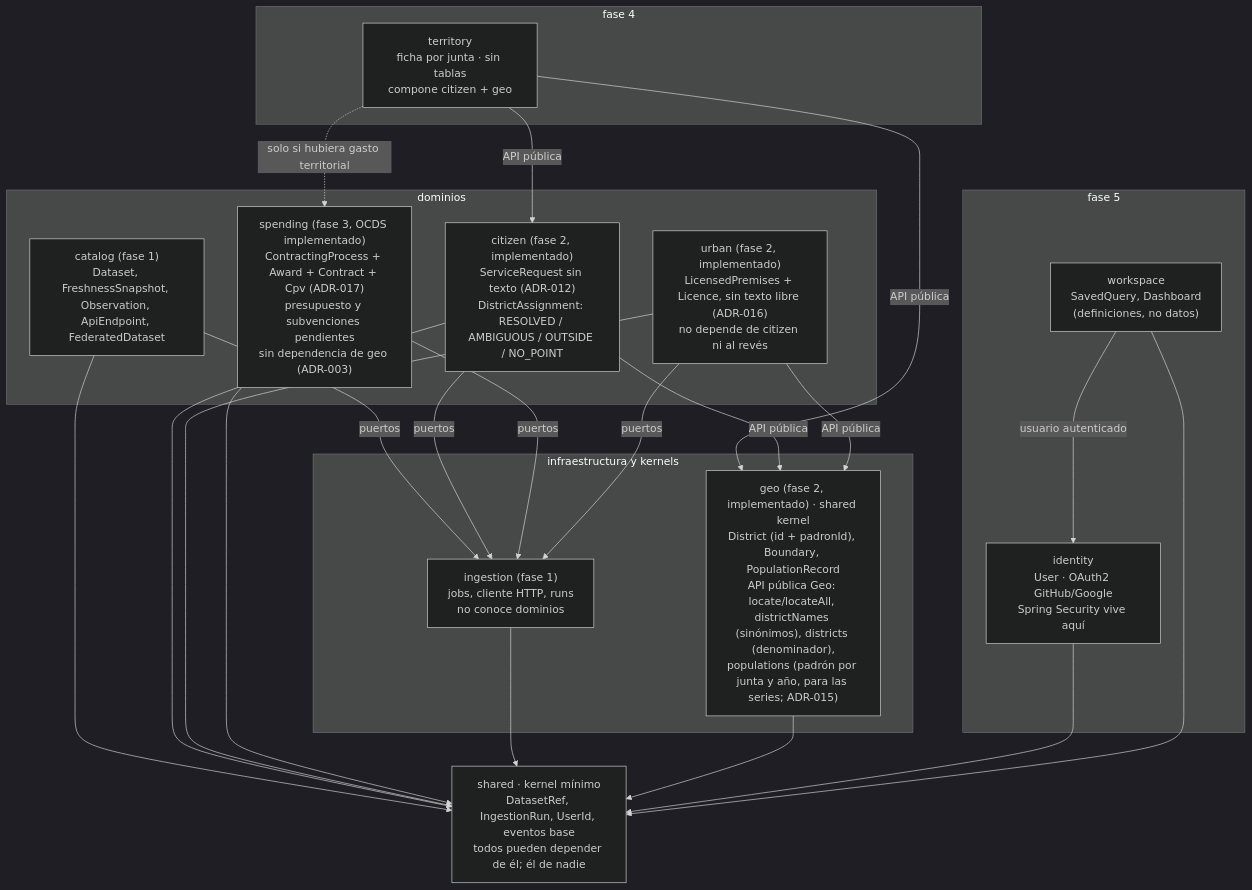
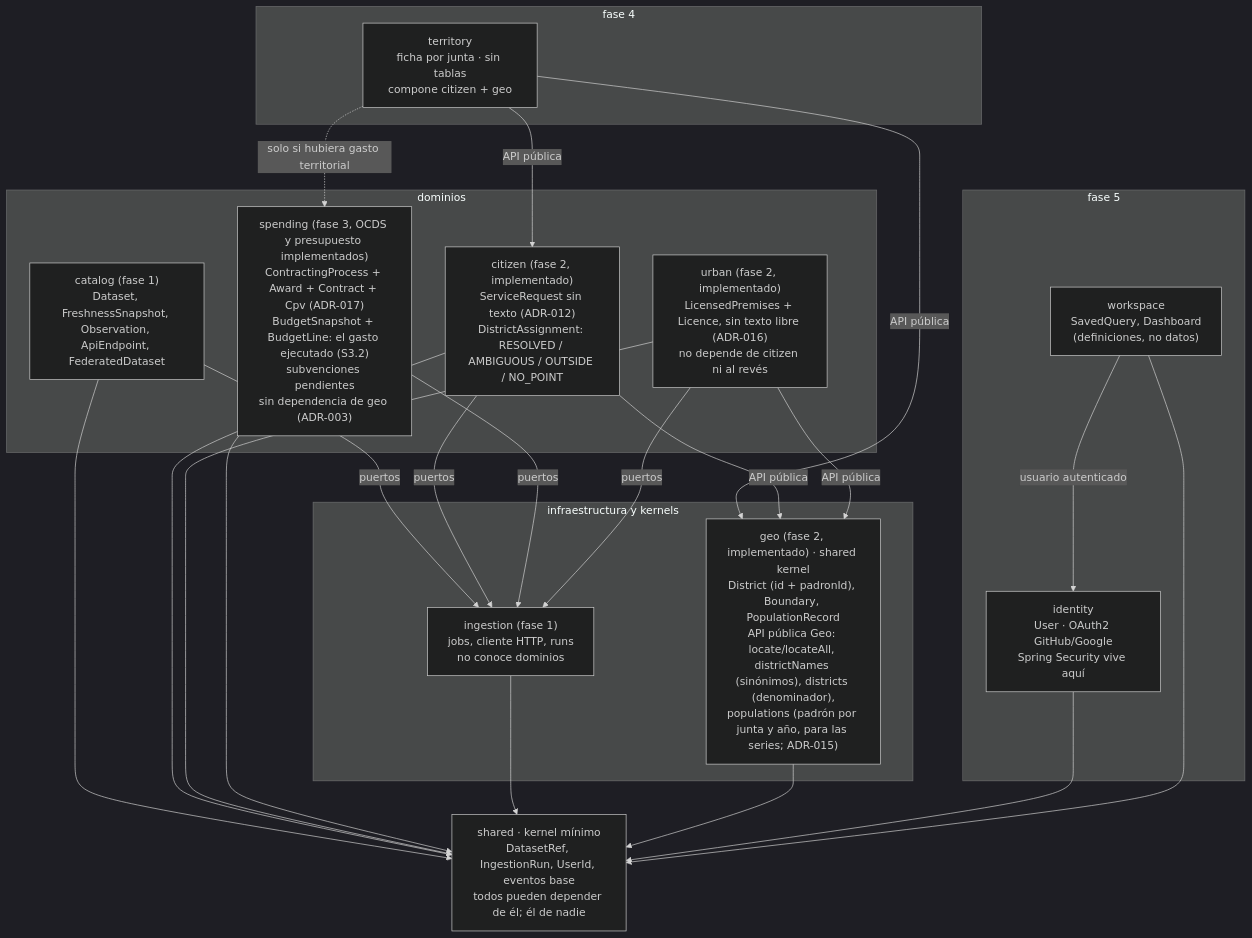
The second of 3 diagrams in docs/arquitectura.md (MarioNaya/zaragoza-observatorio), drawn with Mermaid (dark theme) before and after one commit. The commit also changed other lines of this file and 4 other files, not shown here.

````diff
--- a/docs/arquitectura.md
+++ b/docs/arquitectura.md
@@ -77,33 +79,33 @@
 ```mermaid
 flowchart TB
   subgraph F5["fase 5"]
     WS["workspace<br/>SavedQuery, Dashboard<br/>(definiciones, no datos)"]
     ID["identity<br/>User · OAuth2 GitHub/Google<br/>Spring Security vive aquí"]
   end
   subgraph F4["fase 4"]
     TER["territory<br/>ficha por junta · sin tablas<br/>compone citizen + geo"]
   end
   subgraph DOM["dominios"]
     CATM["catalog (fase 1)<br/>Dataset, FreshnessSnapshot, Observation, ApiEndpoint, FederatedDataset"]
     CIT["citizen (fase 2, implementado)<br/>ServiceRequest sin texto (ADR-012)<br/>DistrictAssignment: RESOLVED / AMBIGUOUS / OUTSIDE / NO_POINT"]
     URB["urban (fase 2, implementado)<br/>LicensedPremises + Licence, sin texto libre (ADR-016)<br/>no depende de citizen ni al revés"]
-    SPE["spending (fase 3, OCDS implementado)<br/>ContractingProcess + Award + Contract + Cpv (ADR-017)<br/>presupuesto y subvenciones pendientes<br/>sin dependencia de geo (ADR-003)"]
+    SPE["spending (fase 3, OCDS y presupuesto implementados)<br/>ContractingProcess + Award + Contract + Cpv (ADR-017)<br/>BudgetSnapshot + BudgetLine: el gasto ejecutado (S3.2)<br/>subvenciones pendientes<br/>sin dependencia de geo (ADR-003)"]
   end
   subgraph INFRA["infraestructura y kernels"]
     INGM["ingestion (fase 1)<br/>jobs, cliente HTTP, runs<br/>no conoce dominios"]
     GEO["geo (fase 2, implementado) · shared kernel<br/>District (id + padronId), Boundary, PopulationRecord<br/>API pública Geo: locate/locateAll, districtNames (sinónimos), districts (denominador),<br/>populations (padrón por junta y año, para las series; ADR-015)"]
   end
   SH["shared · kernel mínimo<br/>DatasetRef, IngestionRun, UserId, eventos base<br/>todos pueden depender de él; él de nadie"]
 
   WS -- "usuario autenticado" --> ID
   TER -- "API pública" --> CIT
   TER -- "API pública" --> GEO
   TER -. "solo si hubiera gasto territorial" .-> SPE
   CATM -- "puertos" --> INGM
   CIT -- "puertos" --> INGM
   SPE -- "puertos" --> INGM
   URB -- "puertos" --> INGM
   CIT -- "API pública" --> GEO
   URB -- "API pública" --> GEO
   CATM & CIT & URB & SPE & INGM & GEO & ID & WS --> SH
 ```
````
